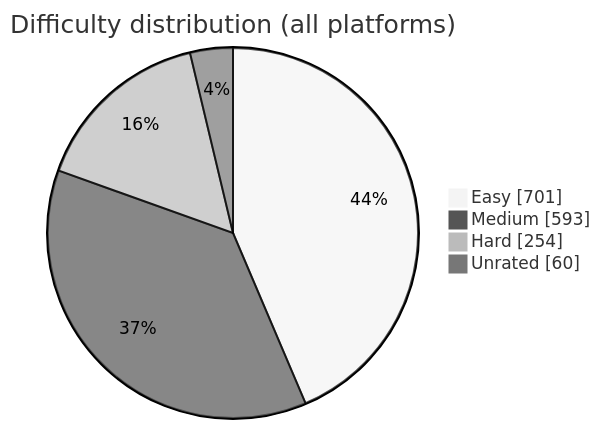
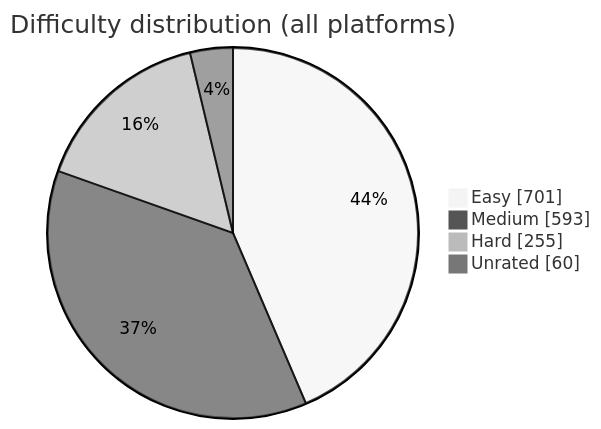
The diagram in README.md (BuildbyArindam/Daily-Coding-Log), drawn with Mermaid (neutral theme) before and after one commit. The commit also changed other lines of this file, not shown here.

````diff
--- a/README.md
+++ b/README.md
@@ -93,7 +93,7 @@
 ```mermaid
 pie showData title Difficulty distribution (all platforms)
     "Easy" : 701
     "Medium" : 593
-    "Hard" : 254
+    "Hard" : 255
     "Unrated" : 60
 ```
````
